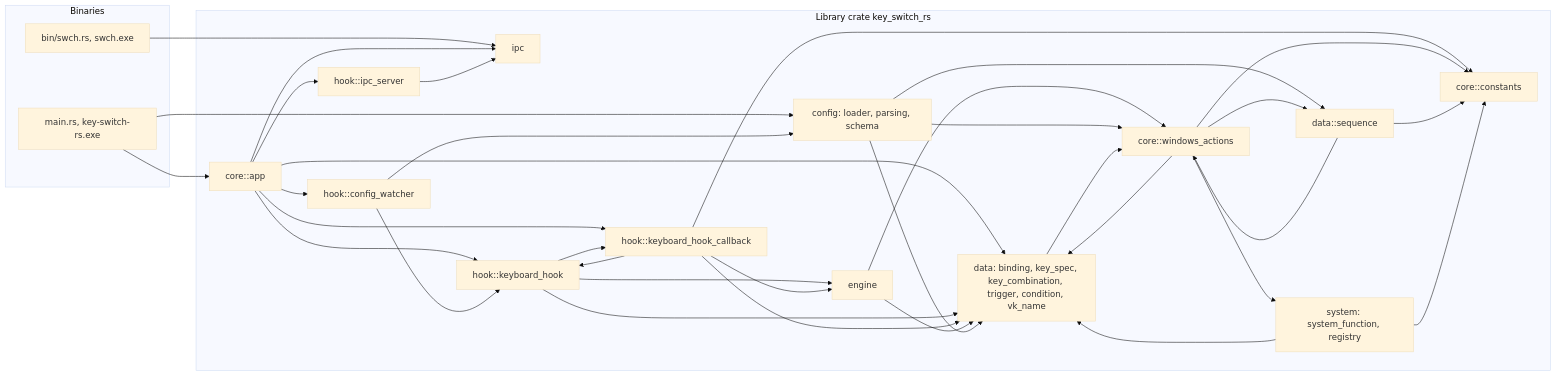
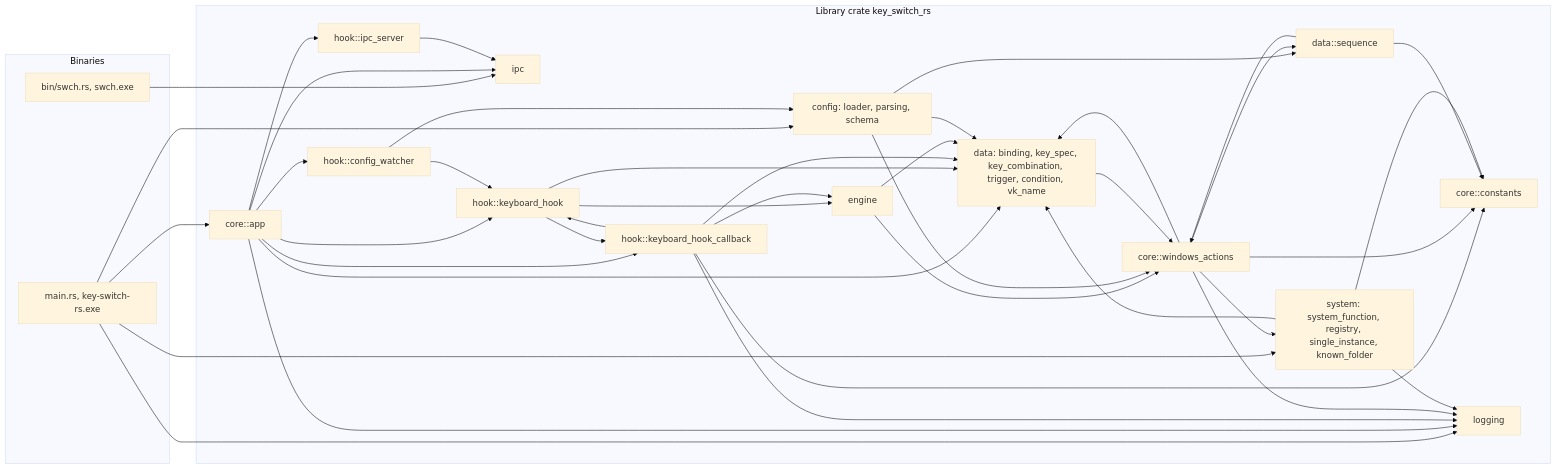
Before and after one commit to bluesteelll/key-switch-rs: the first of 7 diagrams in book/src/architecture.md, drawn with Mermaid (base theme). The commit also changed other lines of this file and 19 other files, not shown here.

First line of the commit message:
Book: describe master after roadmap Phase 1 (20af28d)

````diff
--- a/book/src/architecture.md
+++ b/book/src/architecture.md
@@ -33,55 +34,62 @@
 ```mermaid
 flowchart LR
     subgraph BINS["Binaries"]
         MAINRS["main.rs, key-switch-rs.exe"]
         SWCH["bin/swch.rs, swch.exe"]
     end
     subgraph LIB["Library crate key_switch_rs"]
         APP["core::app"]
         ACT["core::windows_actions"]
         CONST["core::constants"]
         CFG["config: loader, parsing, schema"]
         IPCP["ipc"]
         IPCS["hook::ipc_server"]
         WATCH["hook::config_watcher"]
         KH["hook::keyboard_hook"]
         CB["hook::keyboard_hook_callback"]
         ENG["engine"]
         DATA["data: binding, key_spec, key_combination, trigger, condition, vk_name"]
         SEQ["data::sequence"]
-        SYS["system: system_function, registry"]
+        SYS["system: system_function, registry, single_instance, known_folder"]
+        LOGM["logging"]
     end
     MAINRS --> CFG
     MAINRS --> APP
+    MAINRS --> SYS
+    MAINRS --> LOGM
     SWCH --> IPCP
     APP --> KH
     APP --> CB
     APP --> IPCS
     APP --> WATCH
     APP --> IPCP
     APP --> DATA
+    APP --> LOGM
     IPCS --> IPCP
     WATCH --> CFG
     WATCH --> KH
     KH --> ENG
     KH --> CB
     KH --> DATA
     CB --> KH
     CB --> ENG
     CB --> CONST
     CB --> DATA
+    CB --> LOGM
     ENG --> DATA
     ENG --> ACT
     CFG --> DATA
     CFG --> ACT
     CFG --> SEQ
     DATA --> ACT
     ACT --> DATA
     ACT --> SEQ
+    ACT --> LOGM
     SEQ --> ACT
     ACT --> SYS
     ACT --> CONST
     SEQ --> CONST
     SYS --> CONST
     SYS --> DATA
+    SYS --> LOGM
 ```
````
